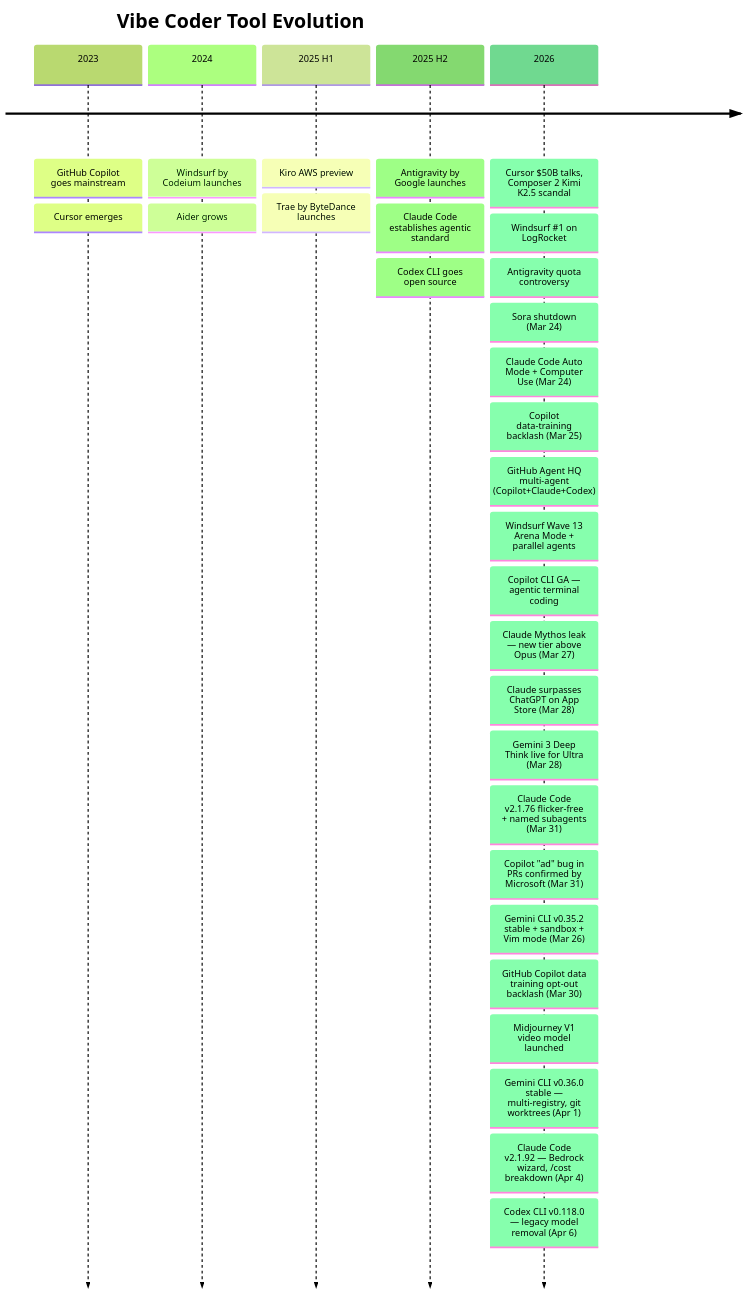
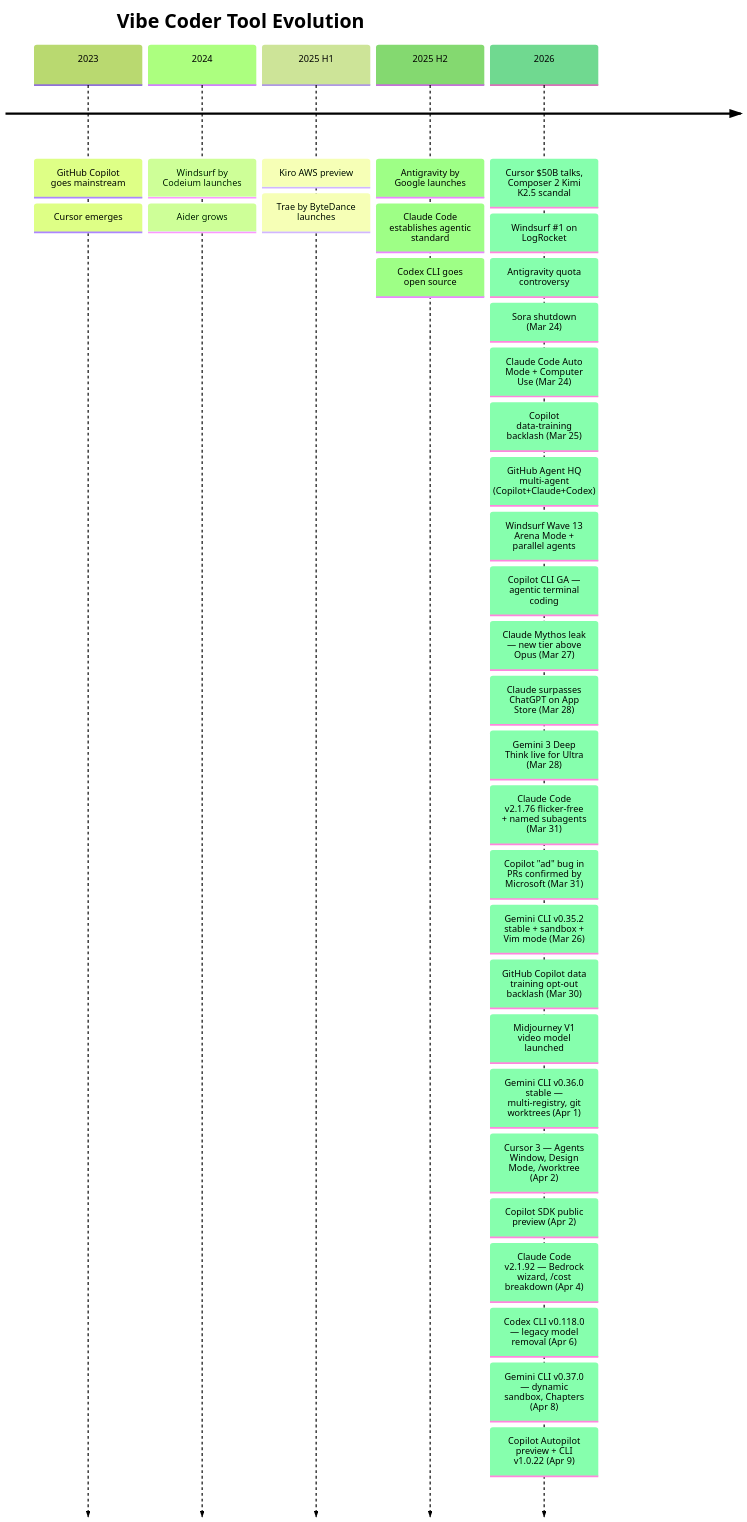
Before and after one commit to Lazere4385/ai-whatchelin: the first of 11 diagrams in README.md, drawn with Mermaid (forest theme). The commit also changed other lines of this file and 2 other files, not shown here.

````diff
--- a/README.md
+++ b/README.md
@@ -116,33 +116,37 @@
 ```mermaid
 timeline
     title Vibe Coder Tool Evolution
     2023 : GitHub Copilot goes mainstream
          : Cursor emerges
     2024 : Windsurf by Codeium launches
          : Aider grows
     2025 H1 : Kiro AWS preview
             : Trae by ByteDance launches
     2025 H2 : Antigravity by Google launches
             : Claude Code establishes agentic standard
             : Codex CLI goes open source
     2026 : Cursor $50B talks, Composer 2 Kimi K2.5 scandal
          : Windsurf #1 on LogRocket
          : Antigravity quota controversy
          : Sora shutdown (Mar 24)
          : Claude Code Auto Mode + Computer Use (Mar 24)
          : Copilot data-training backlash (Mar 25)
          : GitHub Agent HQ multi-agent (Copilot+Claude+Codex)
          : Windsurf Wave 13 Arena Mode + parallel agents
          : Copilot CLI GA — agentic terminal coding
          : Claude Mythos leak — new tier above Opus (Mar 27)
          : Claude surpasses ChatGPT on App Store (Mar 28)
          : Gemini 3 Deep Think live for Ultra (Mar 28)
          : Claude Code v2.1.76 flicker-free + named subagents (Mar 31)
          : Copilot "ad" bug in PRs confirmed by Microsoft (Mar 31)
          : Gemini CLI v0.35.2 stable + sandbox + Vim mode (Mar 26)
          : GitHub Copilot data training opt-out backlash (Mar 30)
          : Midjourney V1 video model launched
          : Gemini CLI v0.36.0 stable — multi-registry, git worktrees (Apr 1)
+         : Cursor 3 — Agents Window, Design Mode, /worktree (Apr 2)
+         : Copilot SDK public preview (Apr 2)
          : Claude Code v2.1.92 — Bedrock wizard, /cost breakdown (Apr 4)
          : Codex CLI v0.118.0 — legacy model removal (Apr 6)
+         : Gemini CLI v0.37.0 — dynamic sandbox, Chapters (Apr 8)
+         : Copilot Autopilot preview + CLI v1.0.22 (Apr 9)
 ```
````
